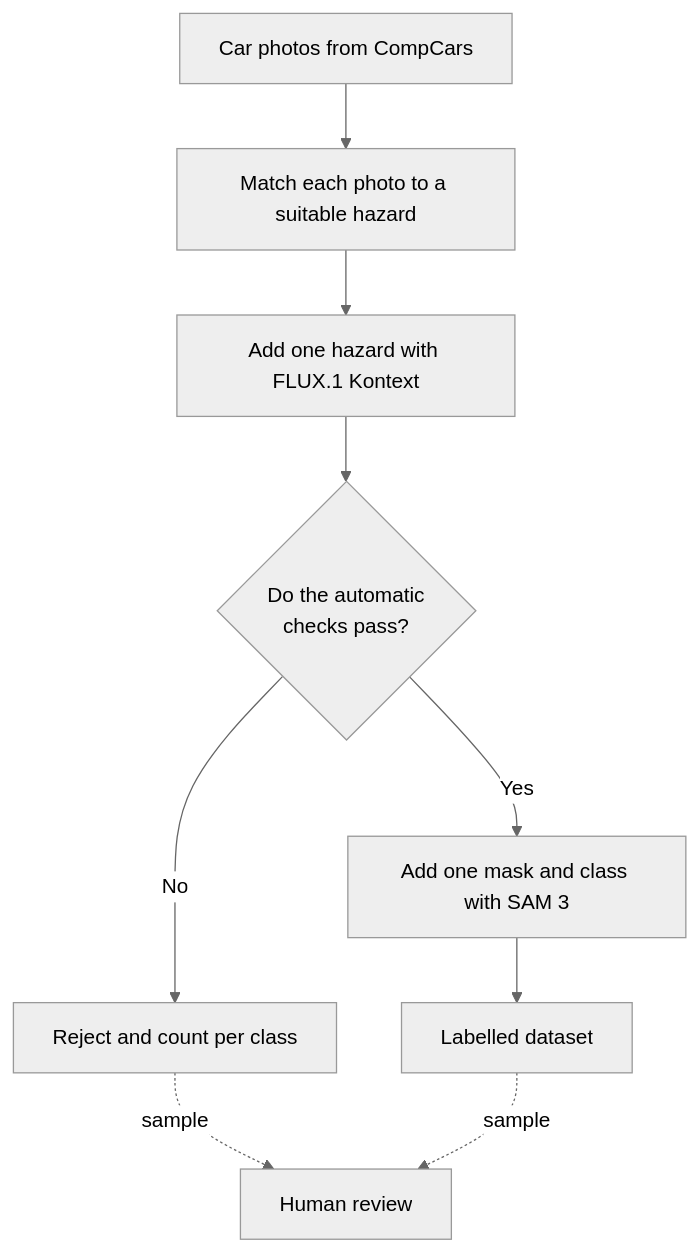
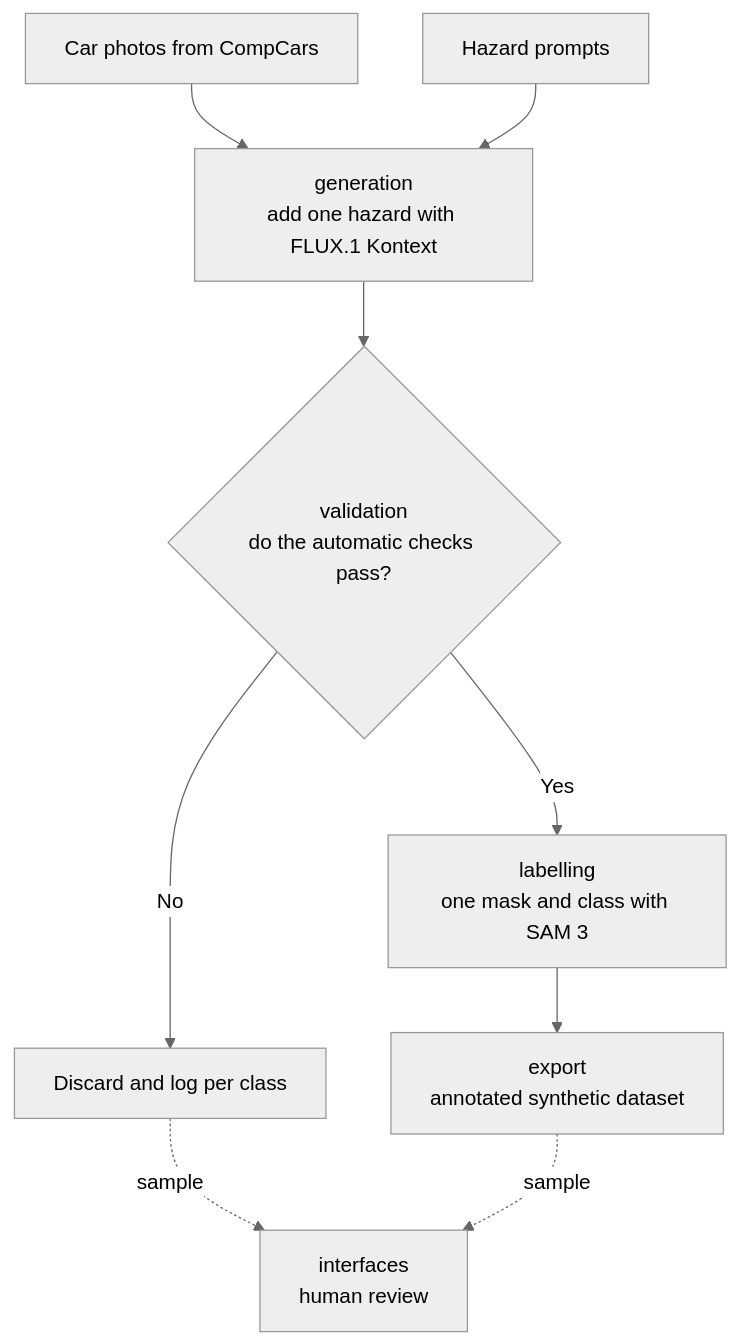
Before and after one commit to adsp-polito/2026-P11-LINKS_ADSP-Synthetic_dataset_generation_for_car-wash_hazard_detection: the diagram in README.md, drawn with Mermaid (neutral theme). The commit also changed other lines of this file, not shown here.

````diff
--- a/README.md
+++ b/README.md
@@ -13,11 +15,11 @@
 ```mermaid
 flowchart TD
-    A[Car photos from CompCars] --> B[Match each photo to a suitable hazard]
-    B --> C[Add one hazard with FLUX.1 Kontext]
-    C --> D{Do the automatic<br/>checks pass?}
-    D -- No --> E[Reject and count per class]
-    D -- Yes --> F[Add one mask and class with SAM 3]
-    F --> G[Labelled dataset]
-    E -. sample .-> H[Human review]
-    G -. sample .-> H
+    A[Car photos from CompCars] --> B[generation<br/>add one hazard with FLUX.1 Kontext]
+    P[Hazard prompts] --> B
+    B --> C{validation<br/>do the automatic checks pass?}
+    C -- No --> D[Discard and log per class]
+    C -- Yes --> E[labelling<br/>one mask and class with SAM 3]
+    E --> F[export<br/>annotated synthetic dataset]
+    D -. sample .-> H[interfaces<br/>human review]
+    F -. sample .-> H
 ```
````
